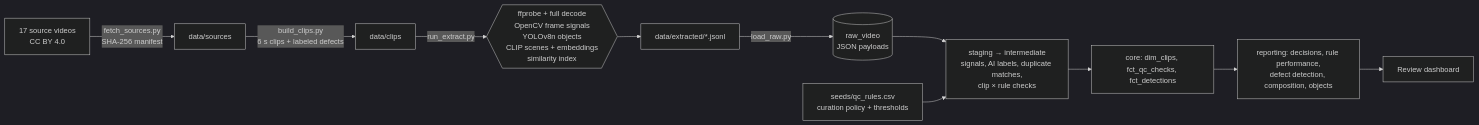
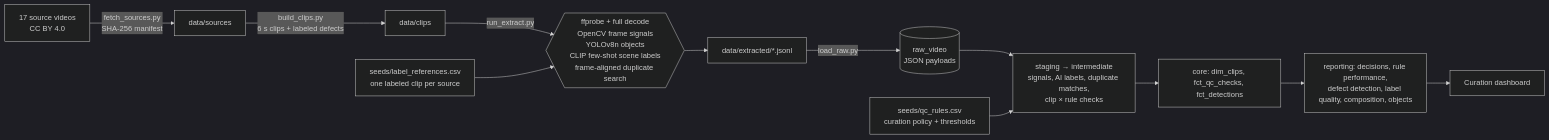
Before and after one commit to evannwilsonn/clip-curator: the diagram in README.md, drawn with Mermaid (dark theme). The commit also changed other lines of this file and 29 other files, not shown here.

First line of the commit message:
Fully automatic curation: frame-aligned re-upload detection, camera-relative blur, few-shot scene labels, reproducibility check

````diff
--- a/README.md
+++ b/README.md
@@ -43,13 +57,14 @@
 ```mermaid
 flowchart LR
   A[17 source videos<br/>CC BY 4.0] -->|fetch_sources.py<br/>SHA-256 manifest| B[data/sources]
   B -->|build_clips.py<br/>6 s clips + labeled defects| C[data/clips]
-  C -->|run_extract.py| D{{ffprobe + full decode<br/>OpenCV frame signals<br/>YOLOv8n objects<br/>CLIP scenes + embeddings<br/>similarity index}}
+  C -->|run_extract.py| D{{ffprobe + full decode<br/>OpenCV frame signals<br/>YOLOv8n objects<br/>CLIP few-shot scene labels<br/>frame-aligned duplicate search}}
   D --> E[data/extracted/*.jsonl]
   E -->|load_raw.py| F[(raw_video<br/>JSON payloads)]
   F --> G[staging → intermediate<br/>signals, AI labels, duplicate matches,<br/>clip × rule checks]
   P[seeds/qc_rules.csv<br/>curation policy + thresholds] --> G
+  L[seeds/label_references.csv<br/>one labeled clip per source] --> D
   G --> H[core: dim_clips, fct_qc_checks, fct_detections]
-  H --> I[reporting: decisions, rule performance,<br/>defect detection, composition, objects]
-  I --> J[Review dashboard]
+  H --> I[reporting: decisions, rule performance,<br/>defect detection, label quality, composition, objects]
+  I --> J[Curation dashboard]
 ```
````
